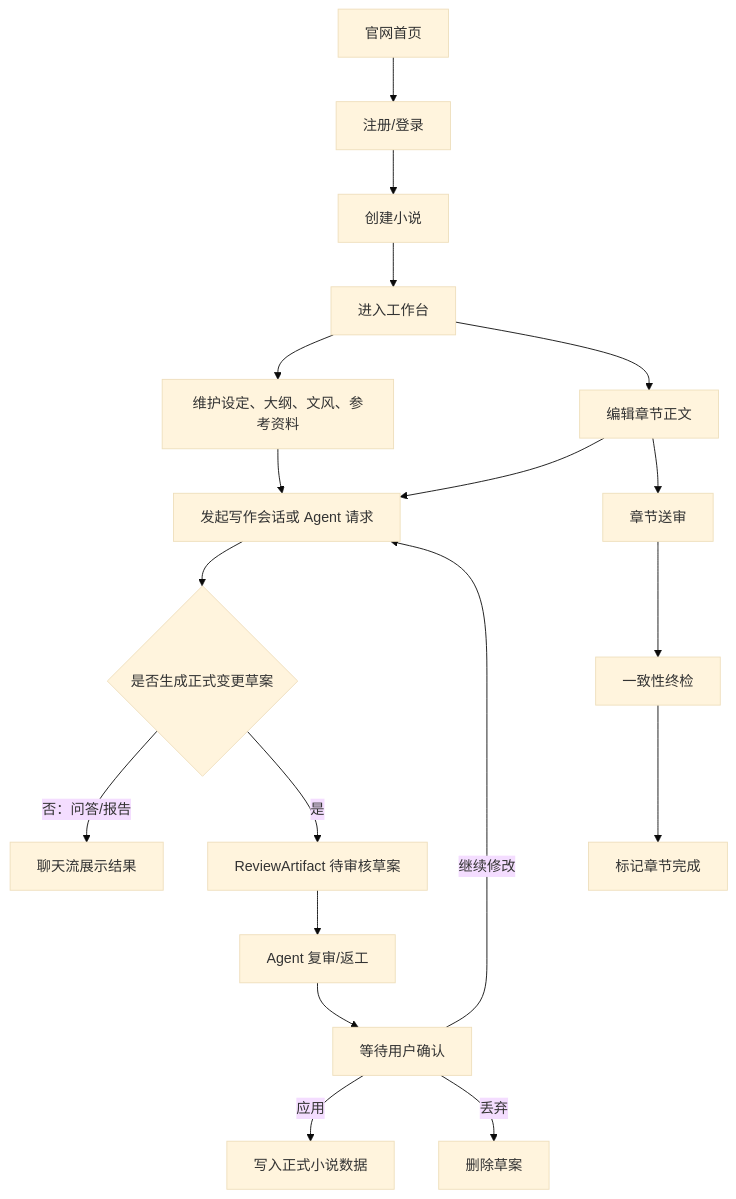
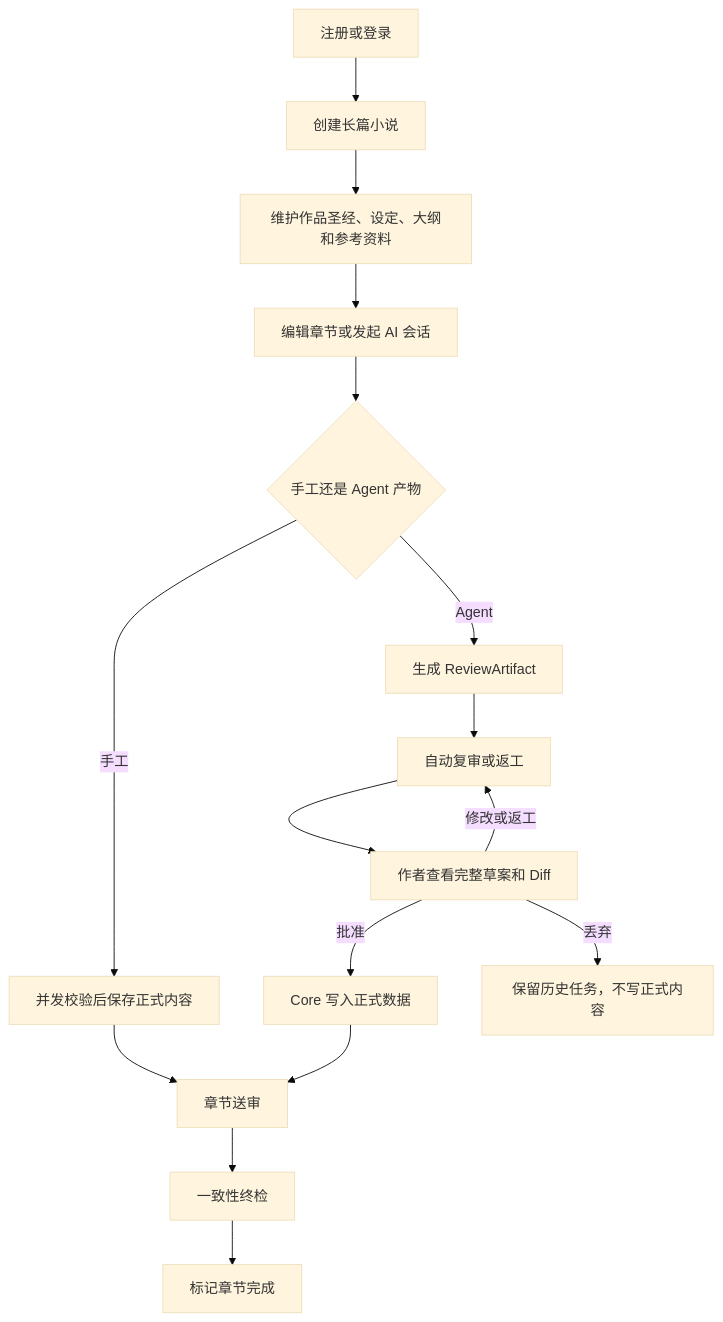
Before and after one commit to chimeiwang/Smart-Novel-Gen-nie: the first of 3 diagrams in docs/requirements/00-overview.md, drawn with Mermaid (base theme). The commit also changed other lines of this file and 1178 other files, not shown here.

```diff
--- a/docs/requirements/00-overview.md
+++ b/docs/requirements/00-overview.md
@@ -58,21 +141,18 @@
 ~~~mermaid
 flowchart TD
-    A["官网首页"] --> B["注册/登录"]
-    B --> C["创建小说"]
-    C --> D["进入工作台"]
-    D --> E["维护设定、大纲、文风、参考资料"]
-    D --> F["编辑章节正文"]
-    E --> G["发起写作会话或 Agent 请求"]
-    F --> G
-    G --> H{"是否生成正式变更草案"}
-    H -->|"否：问答/报告"| I["聊天流展示结果"]
-    H -->|"是"| J["ReviewArtifact 待审核草案"]
-    J --> K["Agent 复审/返工"]
-    K --> L["等待用户确认"]
-    L -->|"应用"| M["写入正式小说数据"]
-    L -->|"继续修改"| G
-    L -->|"丢弃"| N["删除草案"]
-    F --> O["章节送审"]
-    O --> P["一致性终检"]
-    P --> Q["标记章节完成"]
+    A[注册或登录] --> B[创建长篇小说]
+    B --> C[维护作品圣经、设定、大纲和参考资料]
+    C --> D[编辑章节或发起 AI 会话]
+    D --> E{手工还是 Agent 产物}
+    E -->|手工| F[并发校验后保存正式内容]
+    E -->|Agent| G[生成 ReviewArtifact]
+    G --> H[自动复审或返工]
+    H --> I[作者查看完整草案和 Diff]
+    I -->|批准| J[Core 写入正式数据]
+    I -->|修改或返工| H
+    I -->|丢弃| K[保留历史任务，不写正式内容]
+    F --> L[章节送审]
+    J --> L
+    L --> M[一致性终检]
+    M --> N[标记章节完成]
 ~~~
```
